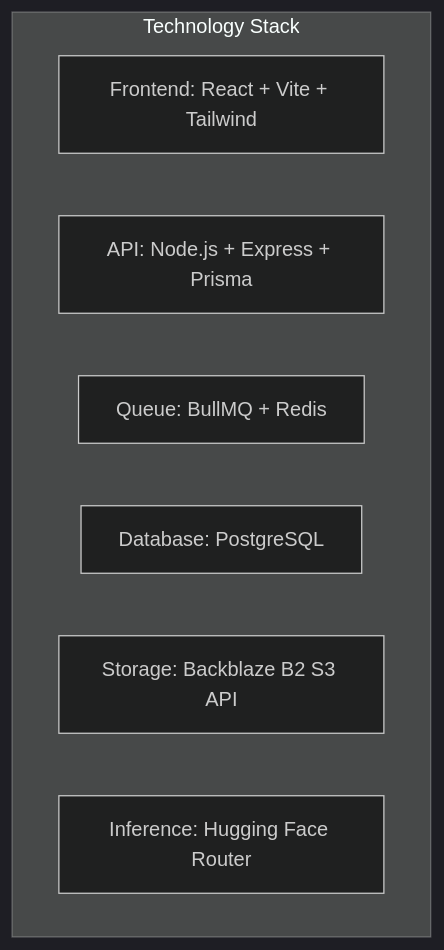
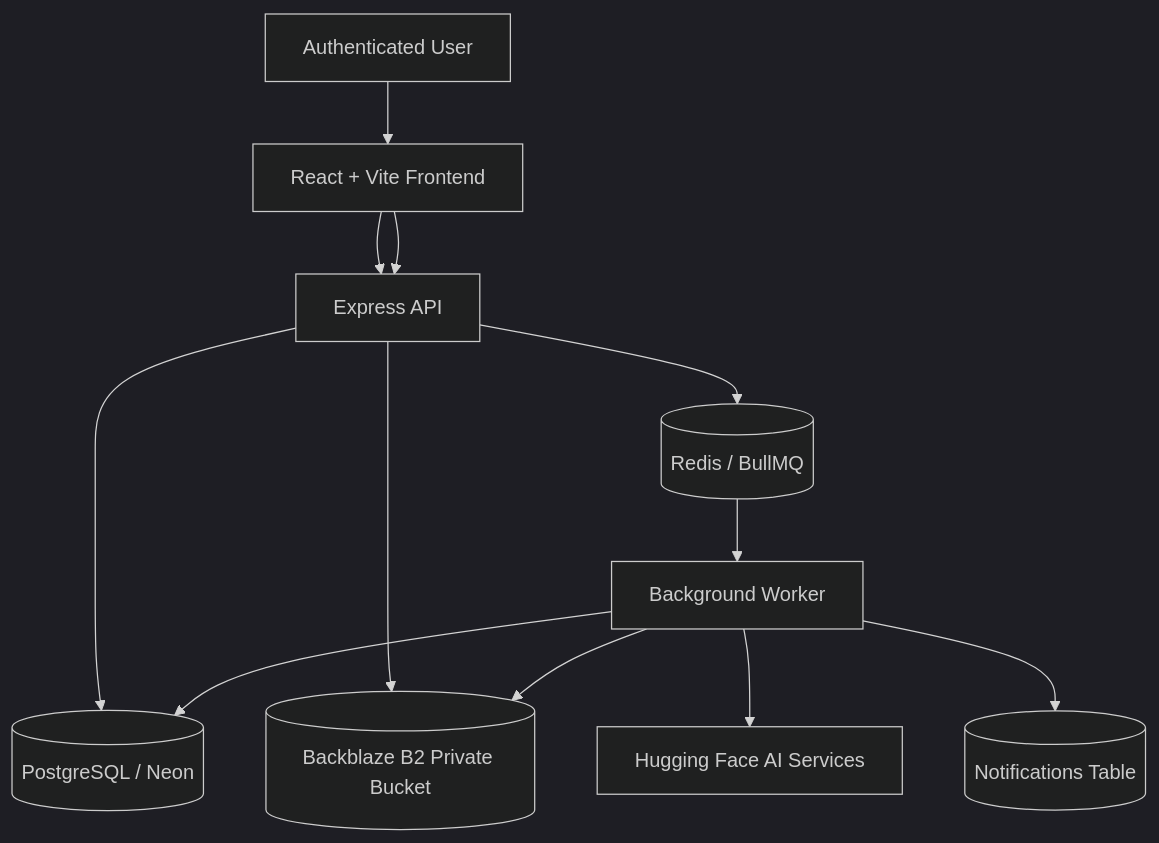
Before and after one commit to GeetanshMalik/MediaProcessor.AI: the first of 2 diagrams in interview_task_detailed_report.md, drawn with Mermaid (dark theme). The commit also changed other lines of this file and 5 other files, not shown here.

````diff
--- a/interview_task_detailed_report.md
+++ b/interview_task_detailed_report.md
@@ -28,11 +46,14 @@
 ```mermaid
-graph TD
-    subgraph Technology Stack
-        F[Frontend: React + Vite + Tailwind]
-        A[API: Node.js + Express + Prisma]
-        Q[Queue: BullMQ + Redis]
-        D[Database: PostgreSQL]
-        S[Storage: Backblaze B2 S3 API]
-        I[Inference: Hugging Face Router]
-    end
+flowchart TD
+    User[Authenticated User] --> Frontend[React + Vite Frontend]
+    Frontend --> API[Express API]
+    API --> DB[(PostgreSQL / Neon)]
+    API --> Storage[(Backblaze B2 Private Bucket)]
+    API --> Queue[(Redis / BullMQ)]
+    Queue --> Worker[Background Worker]
+    Worker --> Storage
+    Worker --> AI[Hugging Face AI Services]
+    Worker --> DB
+    Worker --> Notifications[(Notifications Table)]
+    Frontend --> API
 ```
````
